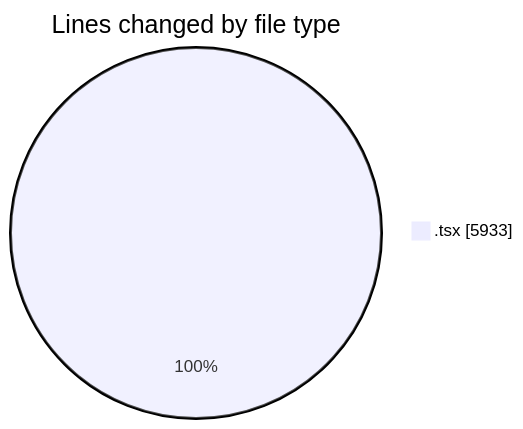
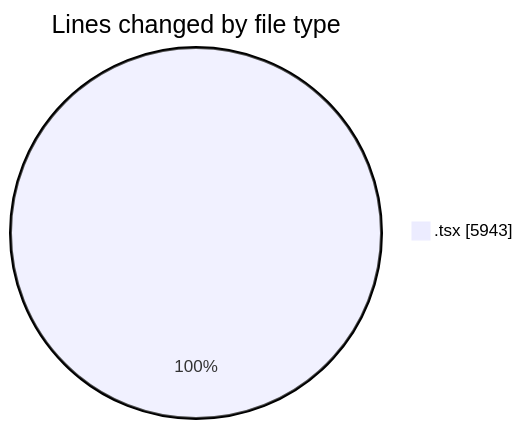
One commit to nxtqubesakshisongat/code-tracking changed the first of 2 diagrams in 2026-05-22/nxtqube_webapp/README.md. Above: the diagram before and after it, drawn with Mermaid. The commit also changed other lines of this file and 1 other file, not shown here.

````diff
--- a/2026-05-22/nxtqube_webapp/README.md
+++ b/2026-05-22/nxtqube_webapp/README.md
@@ -23,5 +23,5 @@
 ```mermaid
 pie showData
 title Lines changed by file type
-".tsx" : 5933
+".tsx" : 5943
 ```
````
